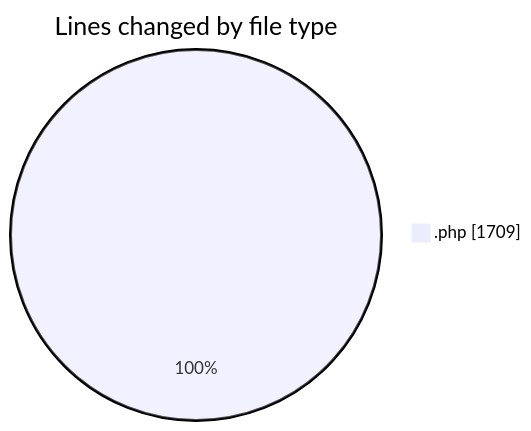
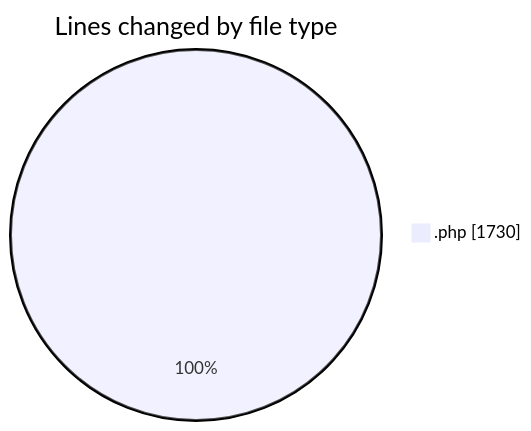
Before and after one commit to debugP/code-tracking: the first of 2 diagrams in 2025-10-06/untitled__workspace_/README.md, drawn with Mermaid. The commit also changed other lines of this file and 1 other file, not shown here.

````diff
--- a/2025-10-06/untitled__workspace_/README.md
+++ b/2025-10-06/untitled__workspace_/README.md
@@ -21,5 +21,5 @@
 ```mermaid
 pie showData
 title Lines changed by file type
-".php" : 1709
+".php" : 1730
 ```
````
